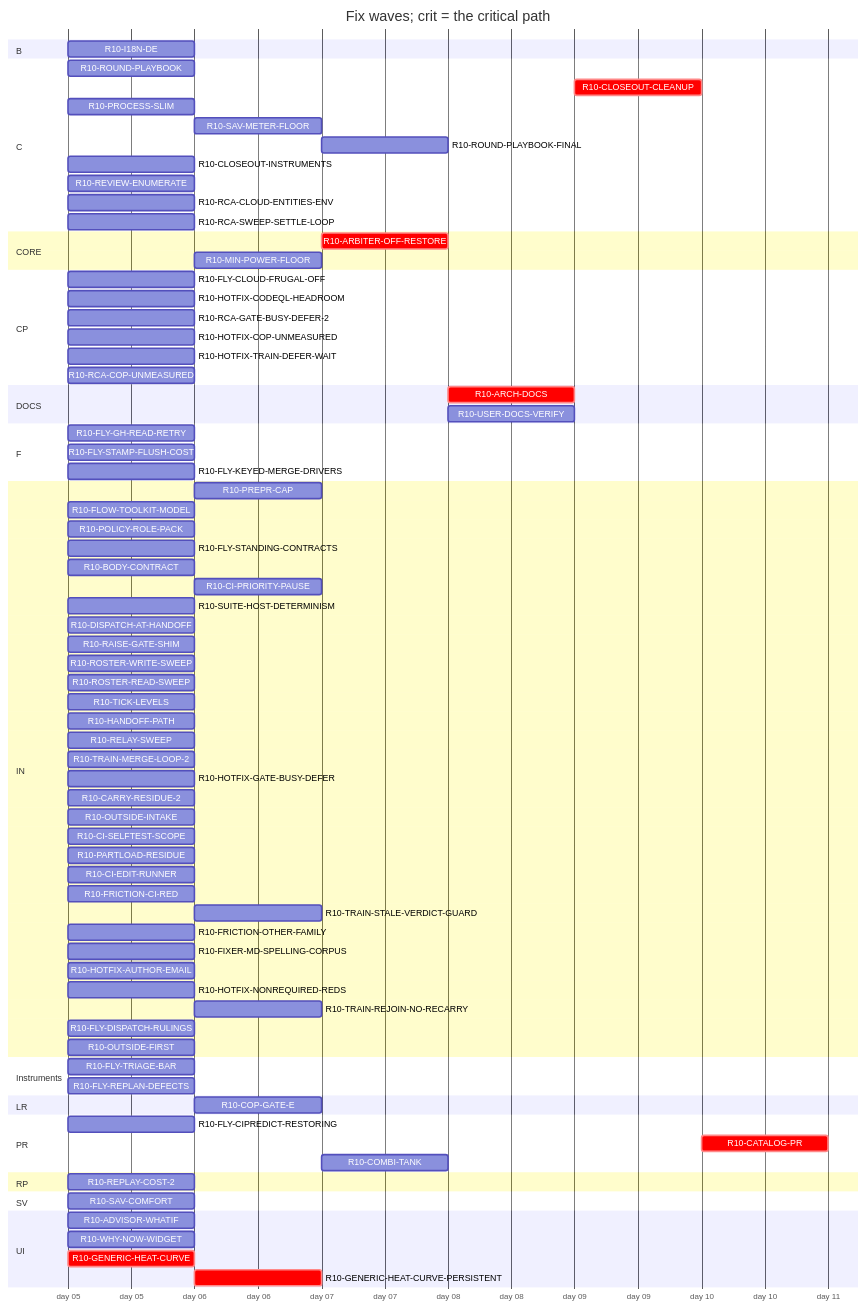
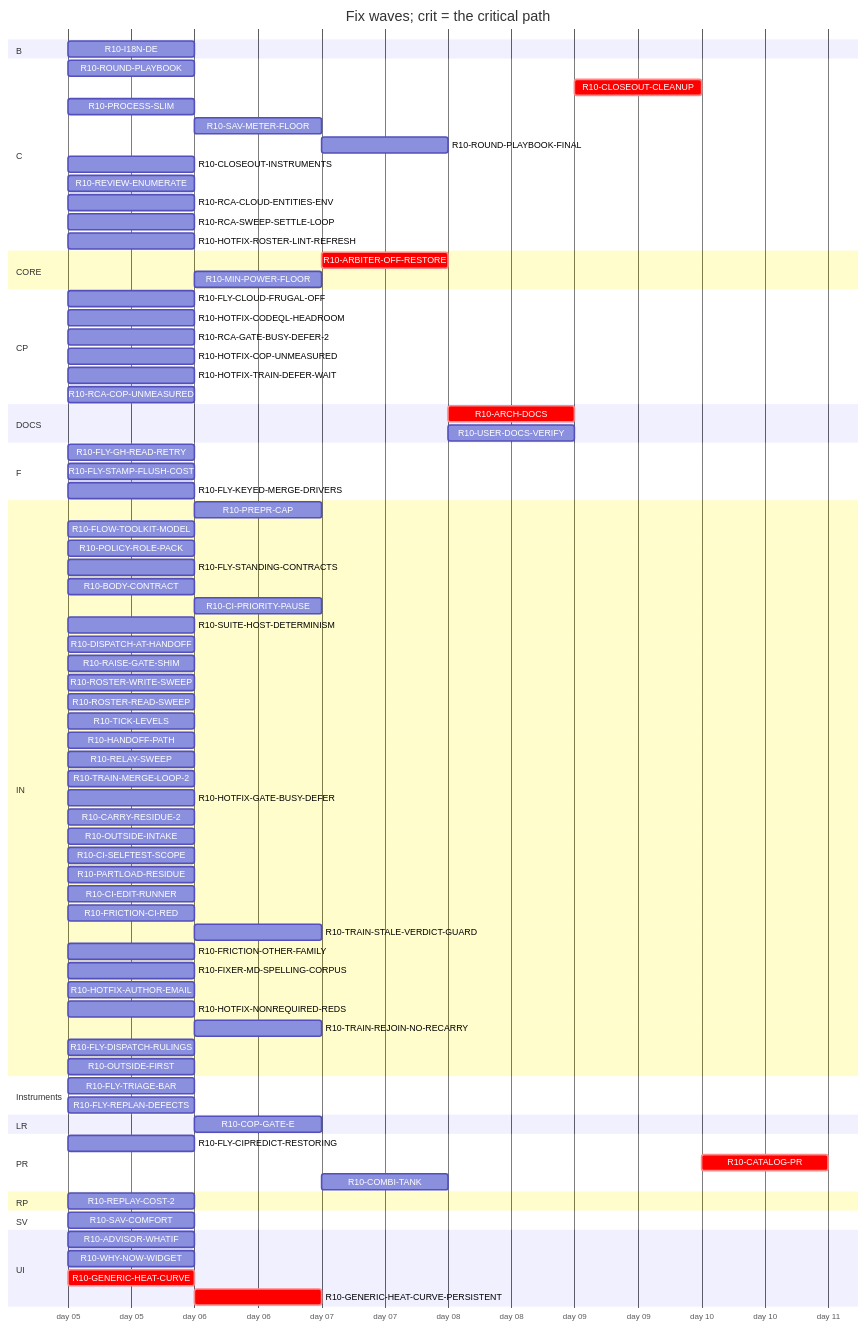
One commit to tvofi/heatpump_optimizer changed the diagram in handoff/round10/state/PLAN-TABLE.md. Above: the diagram before and after it, drawn with Mermaid. The commit also changed other lines of this file and 3 other files, not shown here.

Commit message:
state: FLOW-BOARD.md, NEXT-SESSION-PROMPT.md, PLAN-TABLE.md, RESUME-CURRENT.md regenerated (state_docs.py)

```diff
--- a/handoff/round10/state/PLAN-TABLE.md
+++ b/handoff/round10/state/PLAN-TABLE.md
@@ -40,6 +40,7 @@
     R10-REVIEW-ENUMERATE :r10REVIEWENUMERATE, 2026-01-05, 1d
     R10-RCA-CLOUD-ENTITIES-ENV :r10RCACLOUDENTITIESENV, 2026-01-05, 1d
     R10-RCA-SWEEP-SETTLE-LOOP :r10RCASWEEPSETTLELOOP, 2026-01-05, 1d
+    R10-HOTFIX-ROSTER-LINT-REFRESH :r10HOTFIXROSTERLINTREFRESH, 2026-01-05, 1d
   section CORE
     R10-ARBITER-OFF-RESTORE :crit, r10ARBITEROFFRESTORE, after r10GENERICHEATCURVE r10GENERICHEATCURVEPERSISTENT, 1d
     R10-MIN-POWER-FLOOR :r10MINPOWERFLOOR, after r10HOTFIXCOPUNMEASURED r10GENERICHEATCURVE, 1d
```
